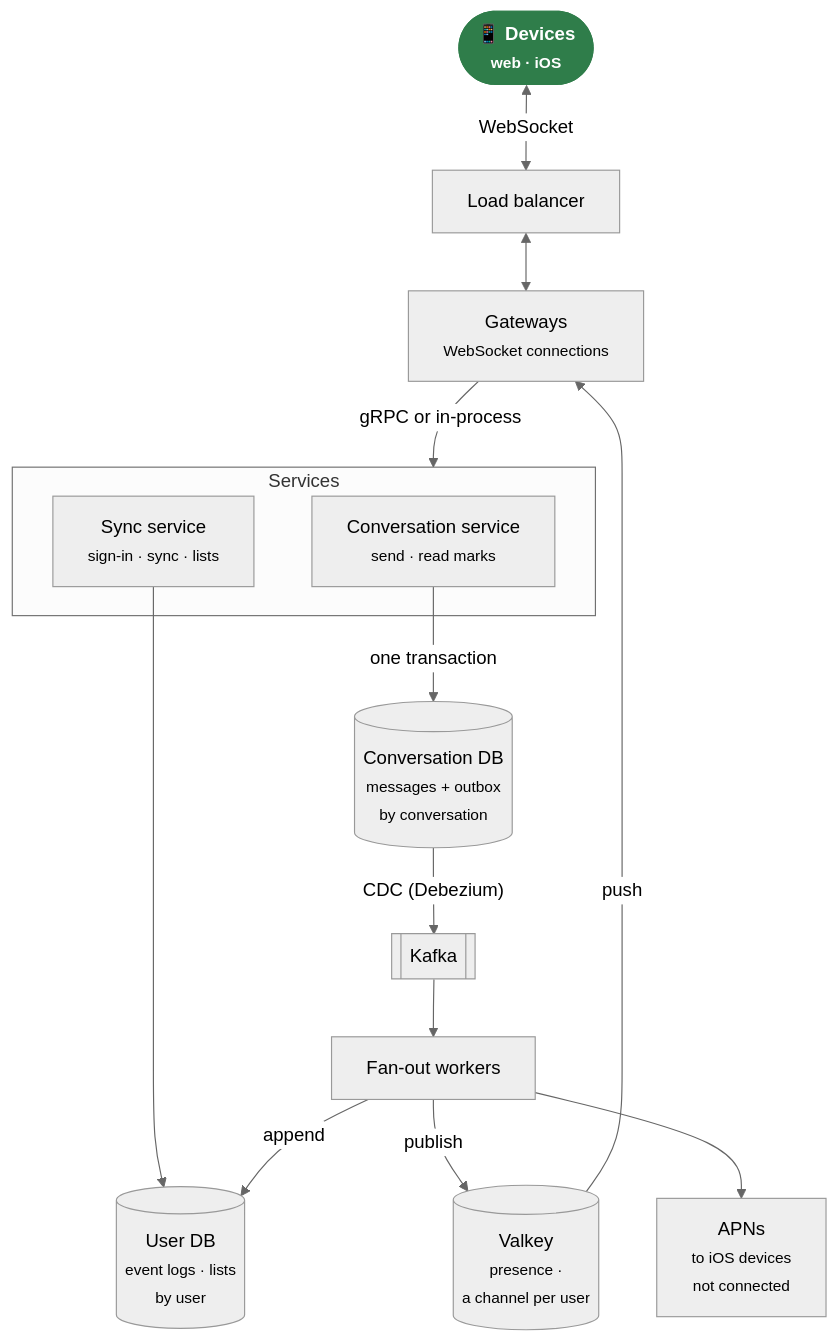
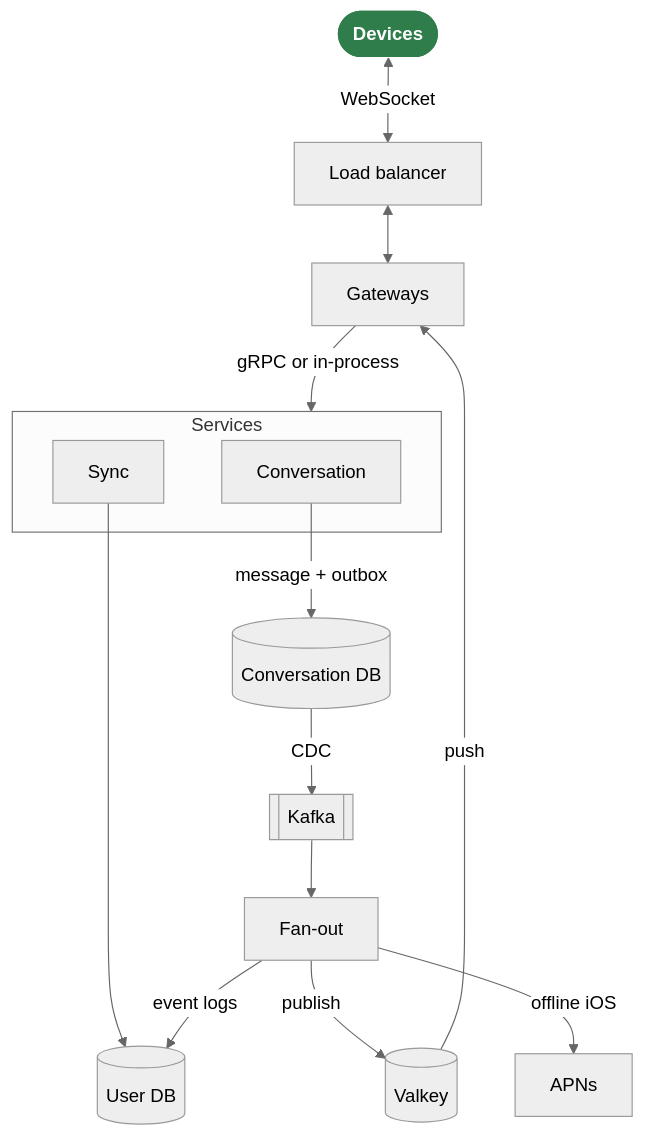
The diagram in README.md (vlumi/wrinkle), drawn with Mermaid (neutral theme) before and after one commit. The commit also changed other lines of this file, not shown here.

Commit message:
README: the diagram reduced to names, which GitHub draws without clipping

````diff
--- a/README.md
+++ b/README.md
@@ -19,29 +19,29 @@
 ```mermaid
 flowchart TB
-  devices(["📱 Devices<br/><small>web · iOS</small>"])
+  devices(["Devices"])
   lb["Load balancer"]
-  gw["Gateways<br/><small>WebSocket connections</small>"]
+  gw["Gateways"]
   subgraph services ["Services"]
-    conv["Conversation service<br/><small>send · read marks</small>"]
-    sync["Sync service<br/><small>sign-in · sync · lists</small>"]
+    conv["Conversation"]
+    sync["Sync"]
   end
-  convdb[("Conversation DB<br/><small>messages + outbox<br/>by conversation</small>")]
-  userdb[("User DB<br/><small>event logs · lists<br/>by user</small>")]
+  convdb[("Conversation DB")]
+  userdb[("User DB")]
   kafka[["Kafka"]]
-  fanout["Fan-out workers"]
-  valkey[("Valkey<br/><small>presence ·<br/>a channel per user</small>")]
-  apns["APNs<br/><small>to iOS devices<br/>not connected</small>"]
+  fanout["Fan-out"]
+  valkey[("Valkey")]
+  apns["APNs"]
 
   devices <-- "WebSocket" --> lb <--> gw
   gw -- "gRPC or in-process" --> services
-  conv -- "one transaction" --> convdb
+  conv -- "message + outbox" --> convdb
   sync --> userdb
-  convdb -- "CDC (Debezium)" --> kafka --> fanout
-  fanout -- "append" --> userdb
+  convdb -- "CDC" --> kafka --> fanout
+  fanout -- "event logs" --> userdb
   fanout -- "publish" --> valkey
   valkey -- "push" --> gw
-  fanout --> apns
+  fanout -- "offline iOS" --> apns
 
   classDef user fill:#2f7d4a,stroke:#2f7d4a,color:#fff,font-weight:bold
   class devices user
 ```
````
